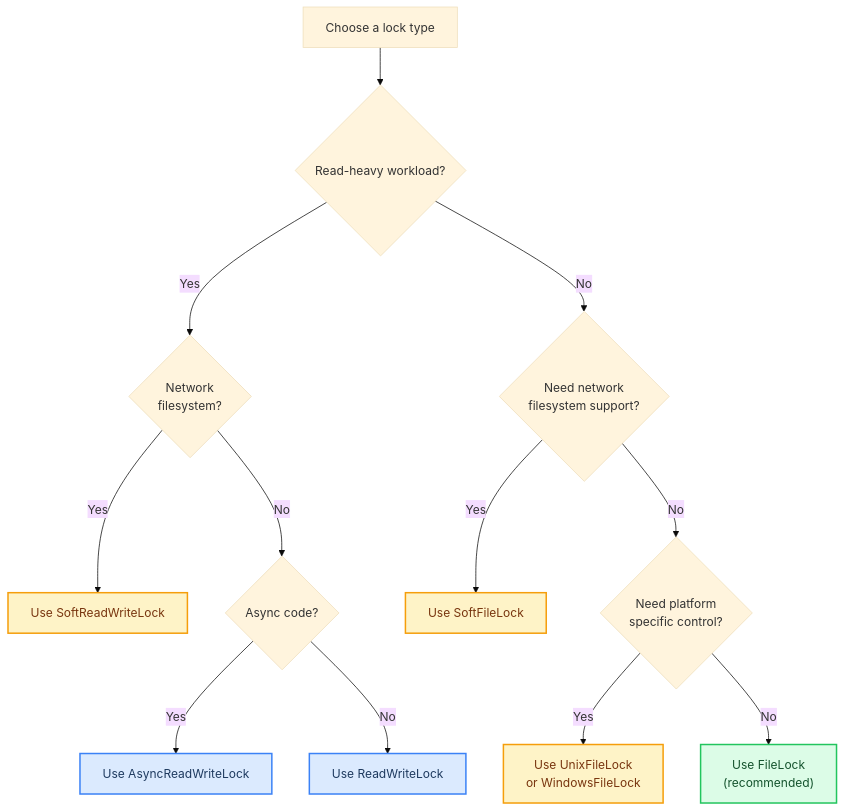
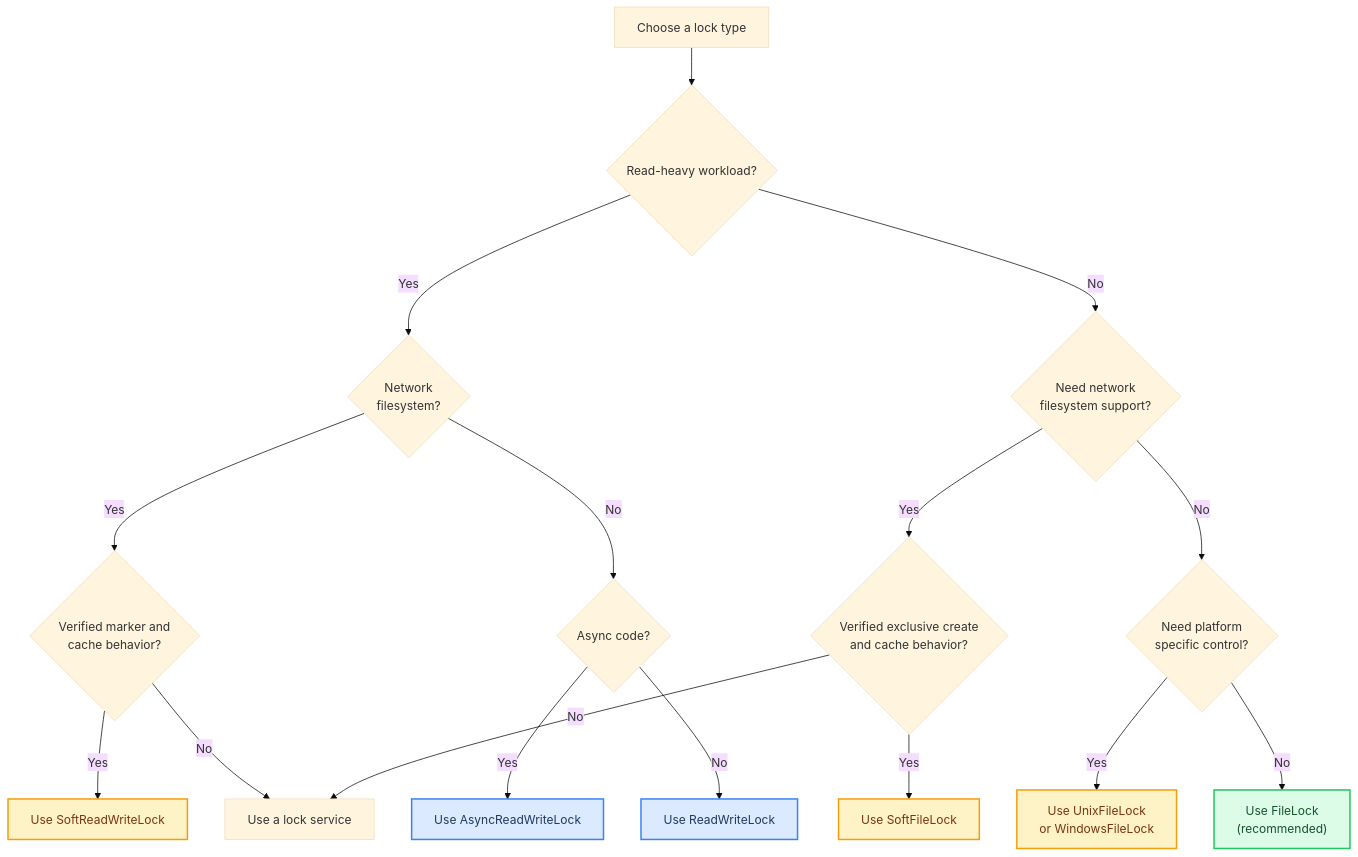
One commit to tox-dev/filelock changed the third of 4 diagrams in docs/concepts.rst. Above: the diagram before and after it, drawn with Mermaid (base theme). The commit also changed other lines of this file and 22 other files, not shown here.

```diff
--- a/docs/concepts.rst
+++ b/docs/concepts.rst
@@ -203,21 +200,25 @@
 .. mermaid::
 
     flowchart TD
         start["Choose a lock type"] --> question1{"Read-heavy workload?"}
         question1 -->|Yes| questionRwNet{"Network<br/>filesystem?"}
-        questionRwNet -->|Yes| srw["Use SoftReadWriteLock"]
+        questionRwNet -->|Yes| questionRwFs{"Verified marker and<br/>cache behavior?"}
+        questionRwFs -->|Yes| srw["Use SoftReadWriteLock"]
+        questionRwFs -->|No| service["Use a lock service"]
         questionRwNet -->|No| questionAsync{"Async code?"}
         questionAsync -->|Yes| arw["Use AsyncReadWriteLock"]
         questionAsync -->|No| rw["Use ReadWriteLock"]
         question1 -->|No| question2{"Need network<br/>filesystem support?"}
-        question2 -->|Yes| soft["Use SoftFileLock"]
+        question2 -->|Yes| questionSoftFs{"Verified exclusive create<br/>and cache behavior?"}
+        questionSoftFs -->|Yes| soft["Use SoftFileLock"]
+        questionSoftFs -->|No| service
         question2 -->|No| question3{"Need platform<br/>specific control?"}
         question3 -->|Yes| platform["Use UnixFileLock<br/>or WindowsFileLock"]
         question3 -->|No| default["Use FileLock<br/>(recommended)"]
 
         classDef recommended fill:#dcfce7,stroke:#22c55e,stroke-width:2px,color:#14532d
         classDef alternative fill:#fef3c7,stroke:#f59e0b,stroke-width:2px,color:#78350f
         classDef special fill:#dbeafe,stroke:#3b82f6,stroke-width:2px,color:#1e3a5f
         class default recommended
         class soft,platform,srw alternative
         class rw,arw special
```
